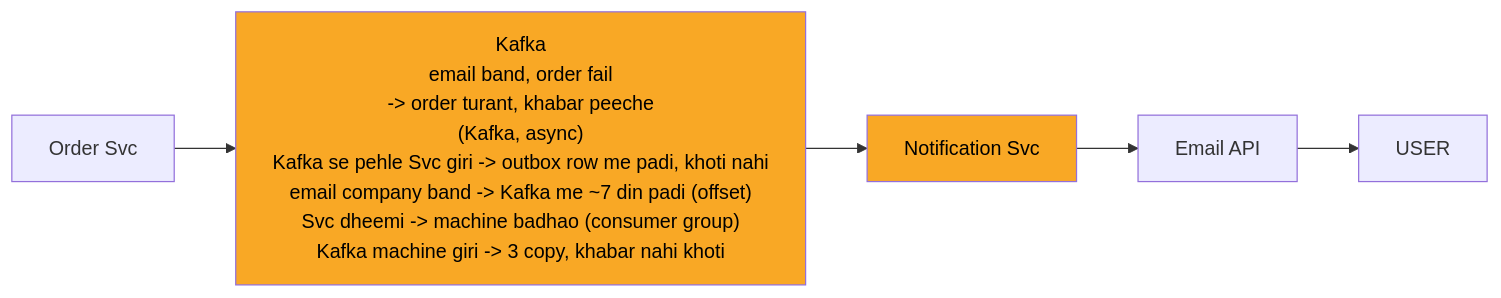
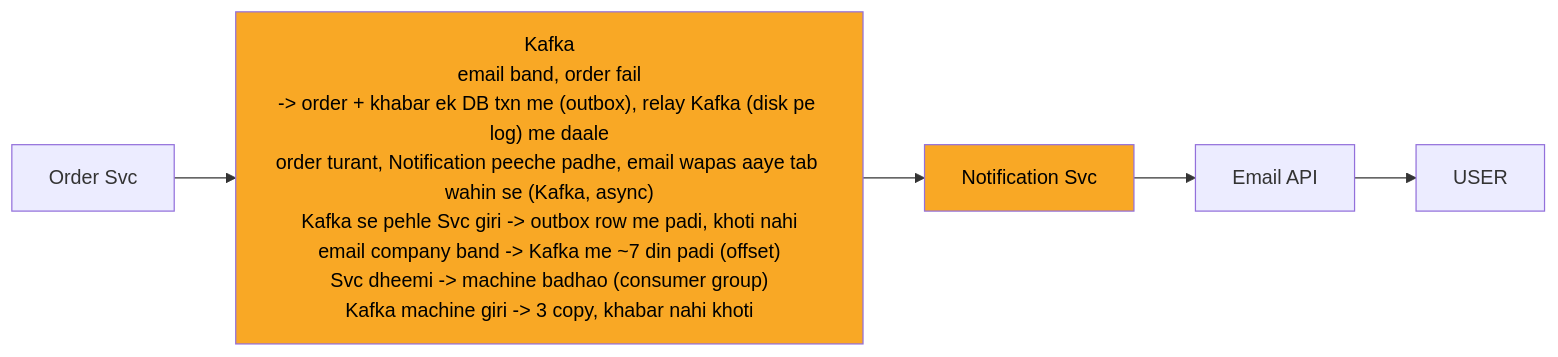
The second of 13 diagrams in 04_HLD/SYSTEM_DESIGNS/04_notification_system/04_notification_system.md (ArpanMaheshwari144/Prep), drawn with Mermaid before and after one commit. The commit also changed other lines of this file and 13 other files, not shown here.

````diff
--- a/04_HLD/SYSTEM_DESIGNS/04_notification_system/04_notification_system.md
+++ b/04_HLD/SYSTEM_DESIGNS/04_notification_system/04_notification_system.md
@@ -104,15 +108,15 @@
 ```mermaid
 %%{init: {"flowchart": {"wrappingWidth": 450}}}%%
 flowchart LR
     n_Order_Svc["Order Svc"]
-    n_Kafka["Kafka<br/>email band, order fail<br/>-> order turant, khabar peeche<br/>(Kafka, async)<br/>Kafka se pehle Svc giri -> outbox row me padi, khoti nahi<br/>email company band -> Kafka me ~7 din padi (offset)<br/>Svc dheemi -> machine badhao (consumer group)<br/>Kafka machine giri -> 3 copy, khabar nahi khoti"]
+    n_Kafka["Kafka<br/>email band, order fail<br/>-> order + khabar ek DB txn me (outbox), relay Kafka (disk pe log) me daale<br/>order turant, Notification peeche padhe, email wapas aaye tab wahin se (Kafka, async)<br/>Kafka se pehle Svc giri -> outbox row me padi, khoti nahi<br/>email company band -> Kafka me ~7 din padi (offset)<br/>Svc dheemi -> machine badhao (consumer group)<br/>Kafka machine giri -> 3 copy, khabar nahi khoti"]
     n_Notification_Svc["Notification Svc"]
     n_Email_API["Email API"]
     n_USER["USER"]
     n_Order_Svc --> n_Kafka
     n_Kafka --> n_Notification_Svc
     n_Notification_Svc --> n_Email_API
     n_Email_API --> n_USER
     style n_Kafka fill:#f9a825,color:#000
     style n_Notification_Svc fill:#f9a825,color:#000
 ```
````
